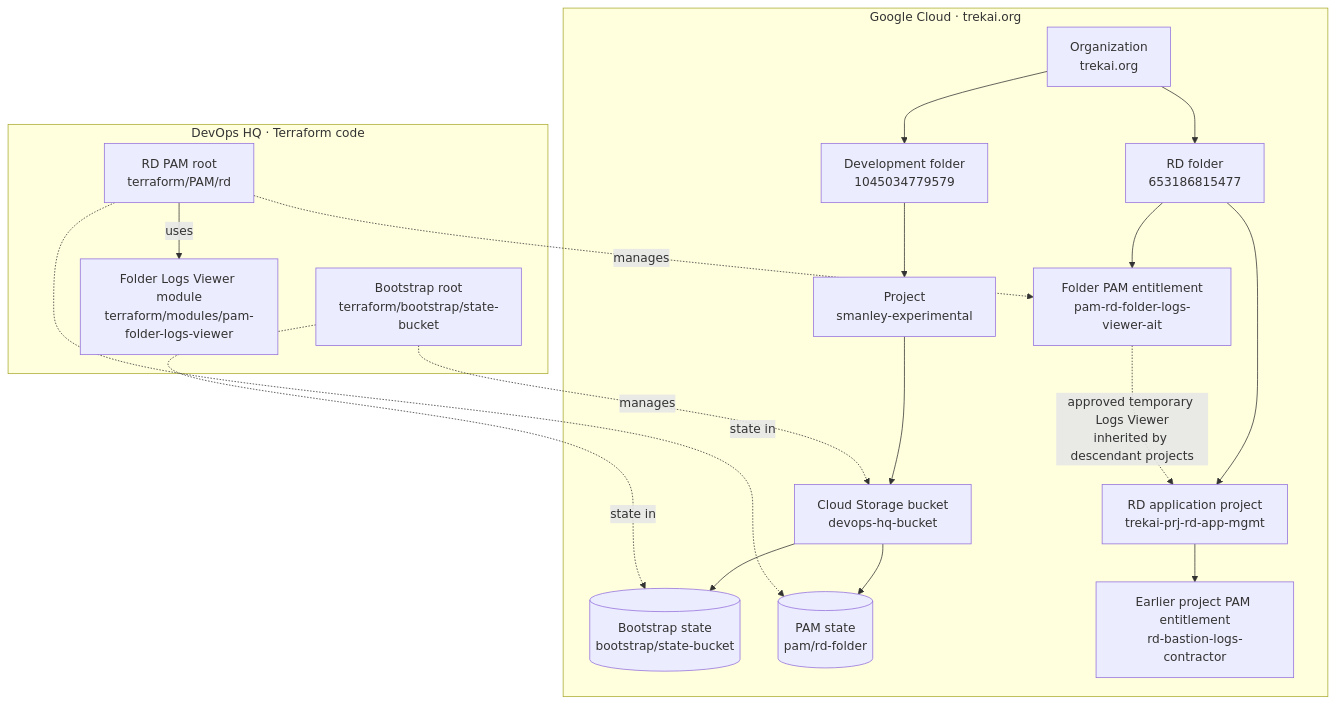
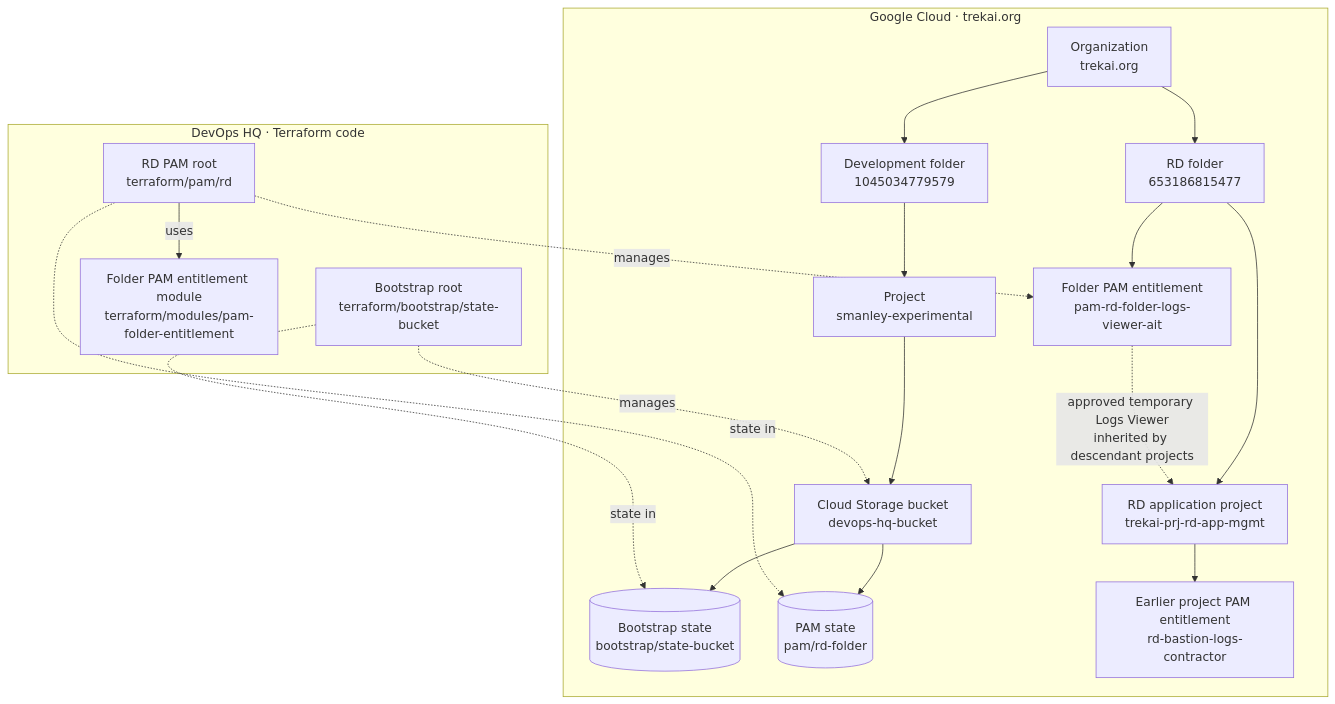
Before and after one commit to smanley-trekai/devops-hq: the diagram in docs/google-cloud-diagram.md, drawn with Mermaid. The commit also changed other lines of this file and 14 other files, not shown here.

Commit message:
Refactor PAM module structure: rename and consolidate folder entitlement management

````diff
--- a/docs/google-cloud-diagram.md
+++ b/docs/google-cloud-diagram.md
@@ -5,38 +5,38 @@
 ```mermaid
 flowchart TB
   subgraph REPO["DevOps HQ · Terraform code"]
     BOOT["Bootstrap root<br/>terraform/bootstrap/state-bucket"]
-    PAMROOT["RD PAM root<br/>terraform/PAM/rd"]
-    MOD["Folder Logs Viewer module<br/>terraform/modules/pam-folder-logs-viewer"]
+    PAMROOT["RD PAM root<br/>terraform/pam/rd"]
+    MOD["Folder PAM entitlement module<br/>terraform/modules/pam-folder-entitlement"]
     PAMROOT -->|uses| MOD
   end
 
   subgraph CLOUD["Google Cloud · trekai.org"]
     ORG["Organization<br/>trekai.org"]
     DEV["Development folder<br/>1045034779579"]
     RD["RD folder<br/>653186815477"]
     PROJECT["Project<br/>smanley-experimental"]
     BUCKET["Cloud Storage bucket<br/>devops-hq-bucket"]
     BOOTSTATE[("Bootstrap state<br/>bootstrap/state-bucket")]
     PAMSTATE[("PAM state<br/>pam/rd-folder")]
     ENT["Folder PAM entitlement<br/>pam-rd-folder-logs-viewer-ait"]
     RDPROJECT["RD application project<br/>trekai-prj-rd-app-mgmt"]
     OLD["Earlier project PAM entitlement<br/>rd-bastion-logs-contractor"]
 
     ORG --> DEV
     ORG --> RD
     DEV --> PROJECT
     PROJECT --> BUCKET
     BUCKET --> BOOTSTATE
     BUCKET --> PAMSTATE
     RD --> ENT
     RD --> RDPROJECT
     RDPROJECT --> OLD
   end
 
   BOOT -. "state in" .-> BOOTSTATE
   BOOT -. "manages" .-> BUCKET
   PAMROOT -. "state in" .-> PAMSTATE
   PAMROOT -. "manages" .-> ENT
   ENT -. "approved temporary Logs Viewer<br/>inherited by descendant projects" .-> RDPROJECT
 ```
````
